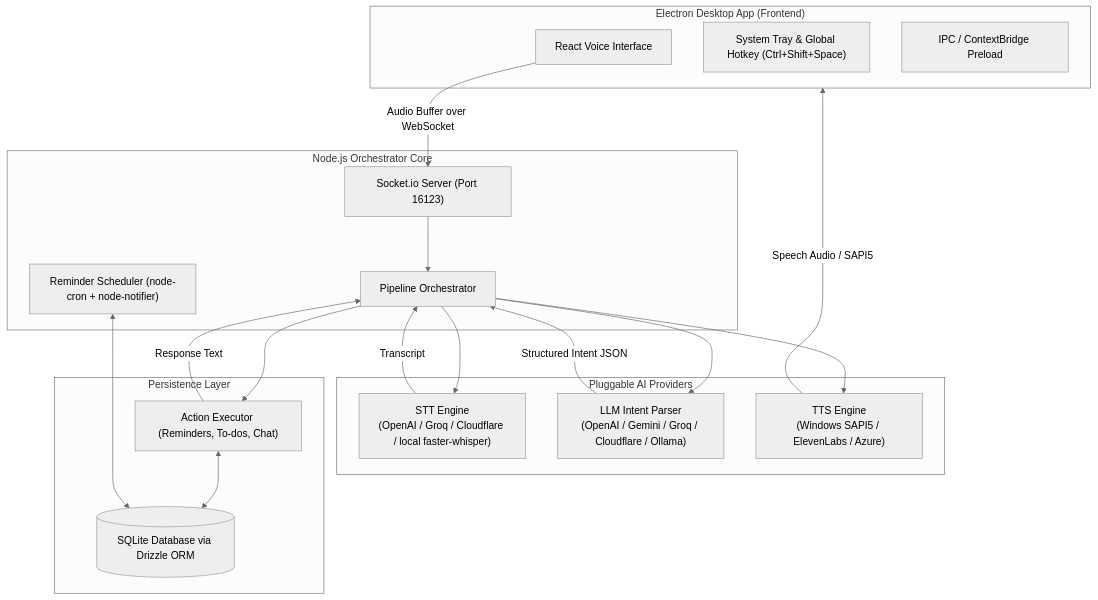
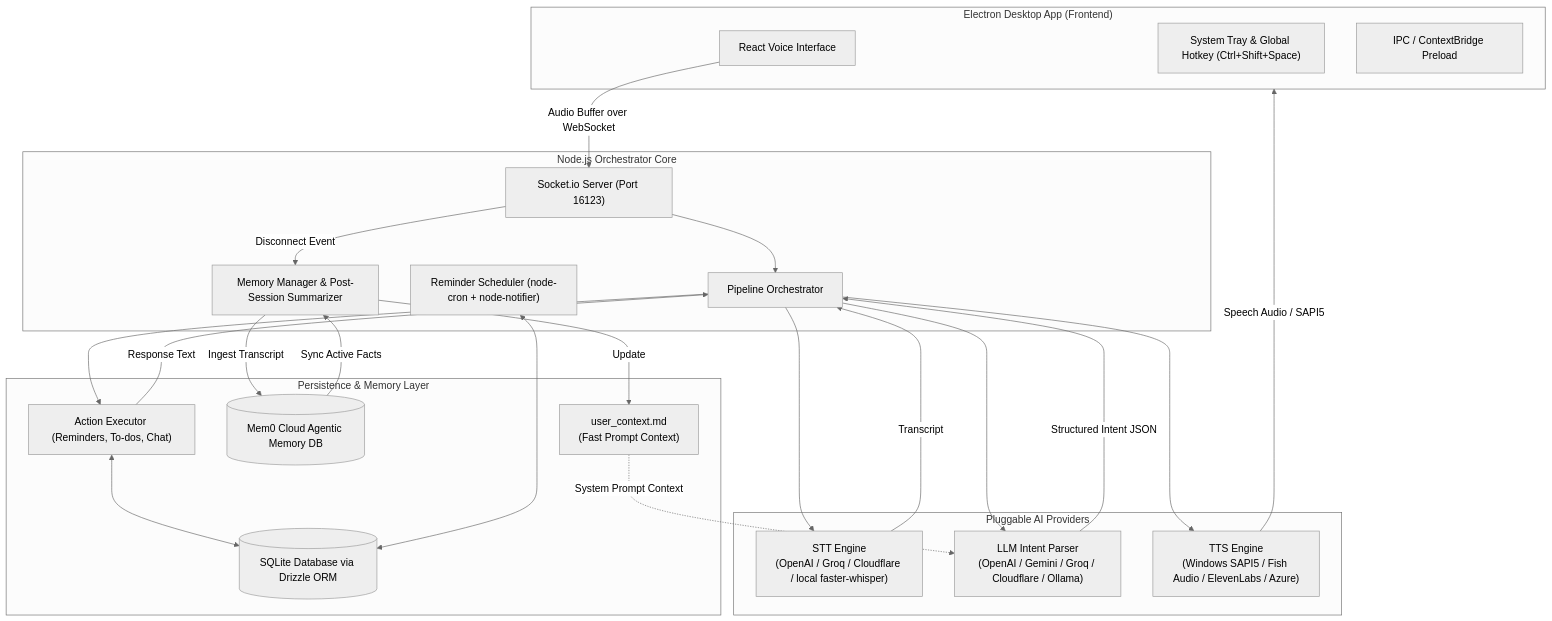
Before and after one commit to Kapil564/saira-assistant: the first of 2 diagrams in ARCHITECTURE.md, drawn with Mermaid (neutral theme). The commit also changed other lines of this file and 30 other files, not shown here.

````diff
--- a/ARCHITECTURE.md
+++ b/ARCHITECTURE.md
@@ -9,38 +9,48 @@
 ```mermaid
 graph TD
     subgraph Client ["Electron Desktop App (Frontend)"]
         UI["React Voice Interface"]
         Tray["System Tray & Global Hotkey (Ctrl+Shift+Space)"]
         Preload["IPC / ContextBridge Preload"]
     end
 
     subgraph NodeHost ["Node.js Orchestrator Core"]
         WS["Socket.io Server (Port 16123)"]
         Orchestrator["Pipeline Orchestrator"]
         Scheduler["Reminder Scheduler (node-cron + node-notifier)"]
+        MemoryMgr["Memory Manager & Post-Session Summarizer"]
     end
 
     subgraph Providers ["Pluggable AI Providers"]
         STT["STT Engine\n(OpenAI / Groq / Cloudflare / local faster-whisper)"]
         LLM["LLM Intent Parser\n(OpenAI / Gemini / Groq / Cloudflare / Ollama)"]
-        TTS["TTS Engine\n(Windows SAPI5 / ElevenLabs / Azure)"]
+        TTS["TTS Engine\n(Windows SAPI5 / Fish Audio / ElevenLabs / Azure)"]
     end
 
-    subgraph Storage ["Persistence Layer"]
+    subgraph Storage ["Persistence & Memory Layer"]
         DB[(SQLite Database via Drizzle ORM)]
+        ContextFile["user_context.md\n(Fast Prompt Context)"]
+        Mem0DB[(Mem0 Cloud Agentic Memory DB)]
         Actions["Action Executor (Reminders, To-dos, Chat)"]
     end
 
     UI -- Audio Buffer over WebSocket --> WS
     WS --> Orchestrator
     Orchestrator --> STT
     STT -- Transcript --> Orchestrator
+    ContextFile -. System Prompt Context .-> LLM
     Orchestrator --> LLM
     LLM -- Structured Intent JSON --> Orchestrator
     Orchestrator --> Actions
     Actions <--> DB
     Actions -- Response Text --> Orchestrator
     Orchestrator --> TTS
     TTS -- Speech Audio / SAPI5 --> Client
+    
+    %% Post-Session Memory Flow
+    WS -- Disconnect Event --> MemoryMgr
+    MemoryMgr -- Ingest Transcript --> Mem0DB
+    Mem0DB -- Sync Active Facts --> MemoryMgr
+    MemoryMgr -- Update --> ContextFile
     Scheduler <--> DB
 ```
````
